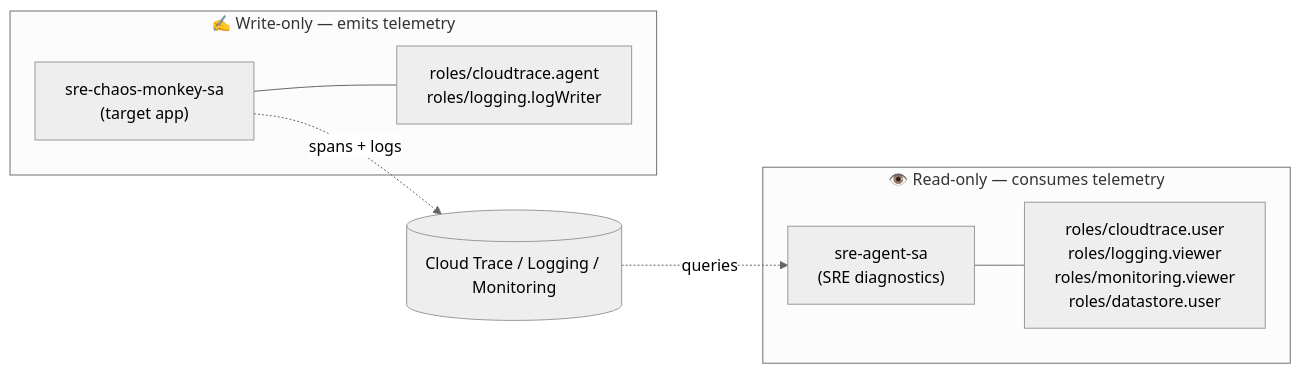
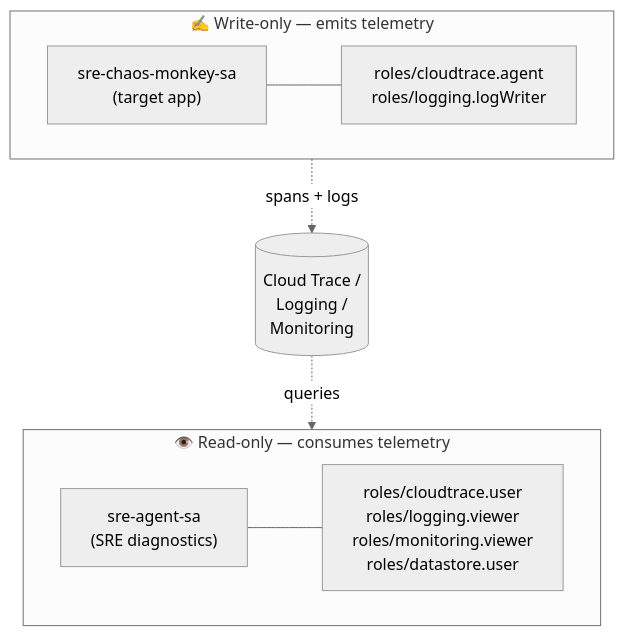
The fifth of 5 diagrams in BLOGPOST.md (xSAVIKx/sre-agent), drawn with Mermaid (neutral theme) before and after one commit. The commit also changed other lines of this file and 9 other files, not shown here.

Commit message:
docs: refine BLOGPOST.md with updated architecture details, enhanced diagrams, and clearer explanations

````diff
--- a/BLOGPOST.md
+++ b/BLOGPOST.md
@@ -226,13 +244,14 @@
 ```mermaid
-flowchart LR
+flowchart TB
     subgraph W["✍️ Write-only — emits telemetry"]
-        A["sre-chaos-monkey-sa<br/>(target app)"]
-        A --- AR["roles/cloudtrace.agent<br/>roles/logging.logWriter"]
+        direction LR
+        A["sre-chaos-monkey-sa<br/>(target app)"] --- AR["roles/cloudtrace.agent<br/>roles/logging.logWriter"]
     end
+    O[("Cloud Trace /<br/>Logging /<br/>Monitoring")]
     subgraph R["👁️ Read-only — consumes telemetry"]
-        S["sre-agent-sa<br/>(SRE diagnostics)"]
-        S --- SR["roles/cloudtrace.user<br/>roles/logging.viewer<br/>roles/monitoring.viewer<br/>roles/datastore.user"]
+        direction LR
+        S["sre-agent-sa<br/>(SRE diagnostics)"] --- SR["roles/cloudtrace.user<br/>roles/logging.viewer<br/>roles/monitoring.viewer<br/>roles/datastore.user"]
     end
-    A -. spans + logs .-> O[("Cloud Trace / Logging / Monitoring")]
-    O -. queries .-> S
+    A -. "spans + logs" .-> O
+    O -. "queries" .-> S
 ```
````
